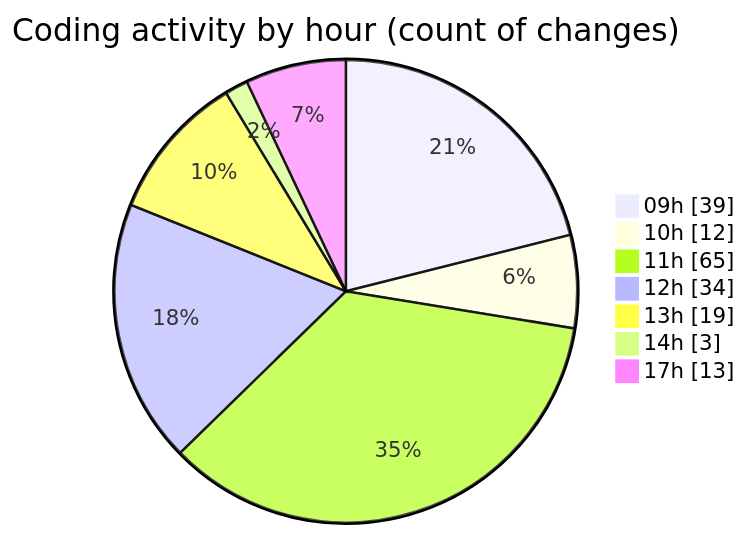
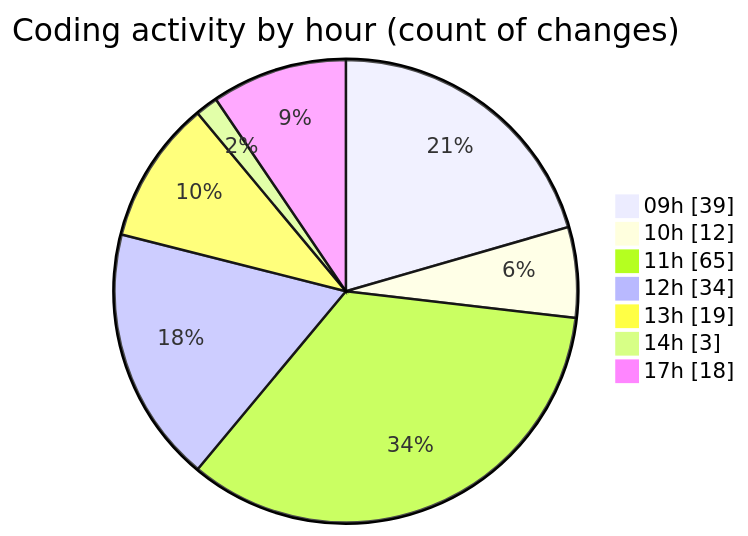
The second of 2 diagrams in 2025-03-04/cda/README.md (momahboobian/code-tracking), drawn with Mermaid before and after one commit. The commit also changed other lines of this file and 1 other file, not shown here.

````diff
--- a/2025-03-04/cda/README.md
+++ b/2025-03-04/cda/README.md
@@ -35,11 +35,11 @@
 ```mermaid
 pie showData
 title Coding activity by hour (count of changes)
 "09h" : 39
 "10h" : 12
 "11h" : 65
 "12h" : 34
 "13h" : 19
 "14h" : 3
-"17h" : 13
+"17h" : 18
 ```
````
